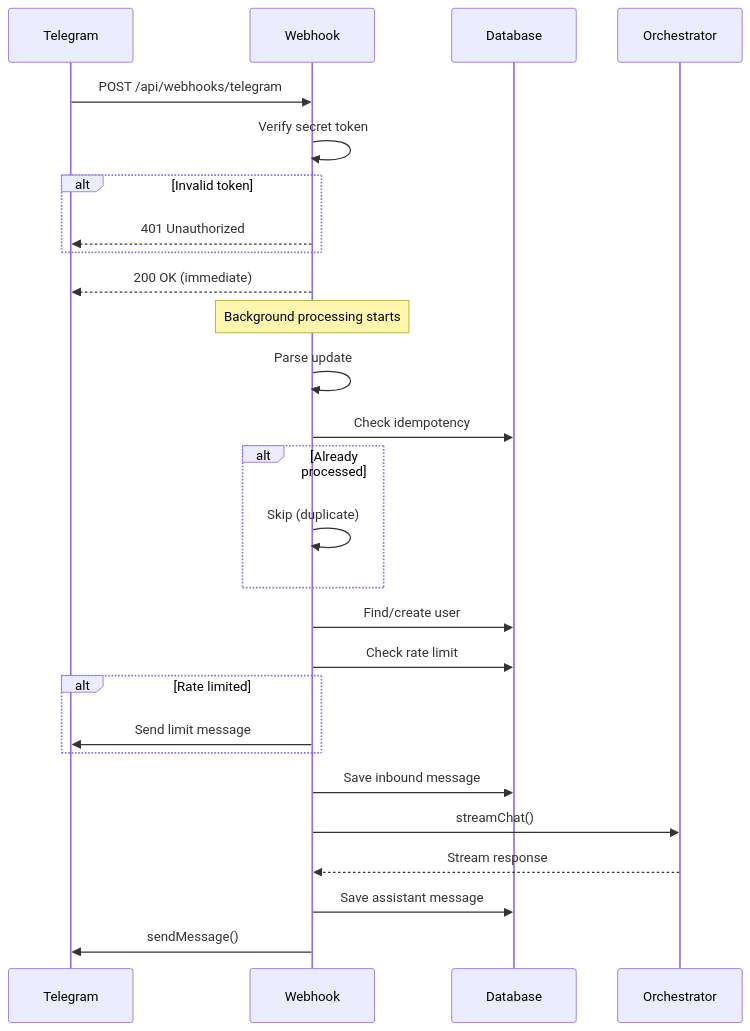
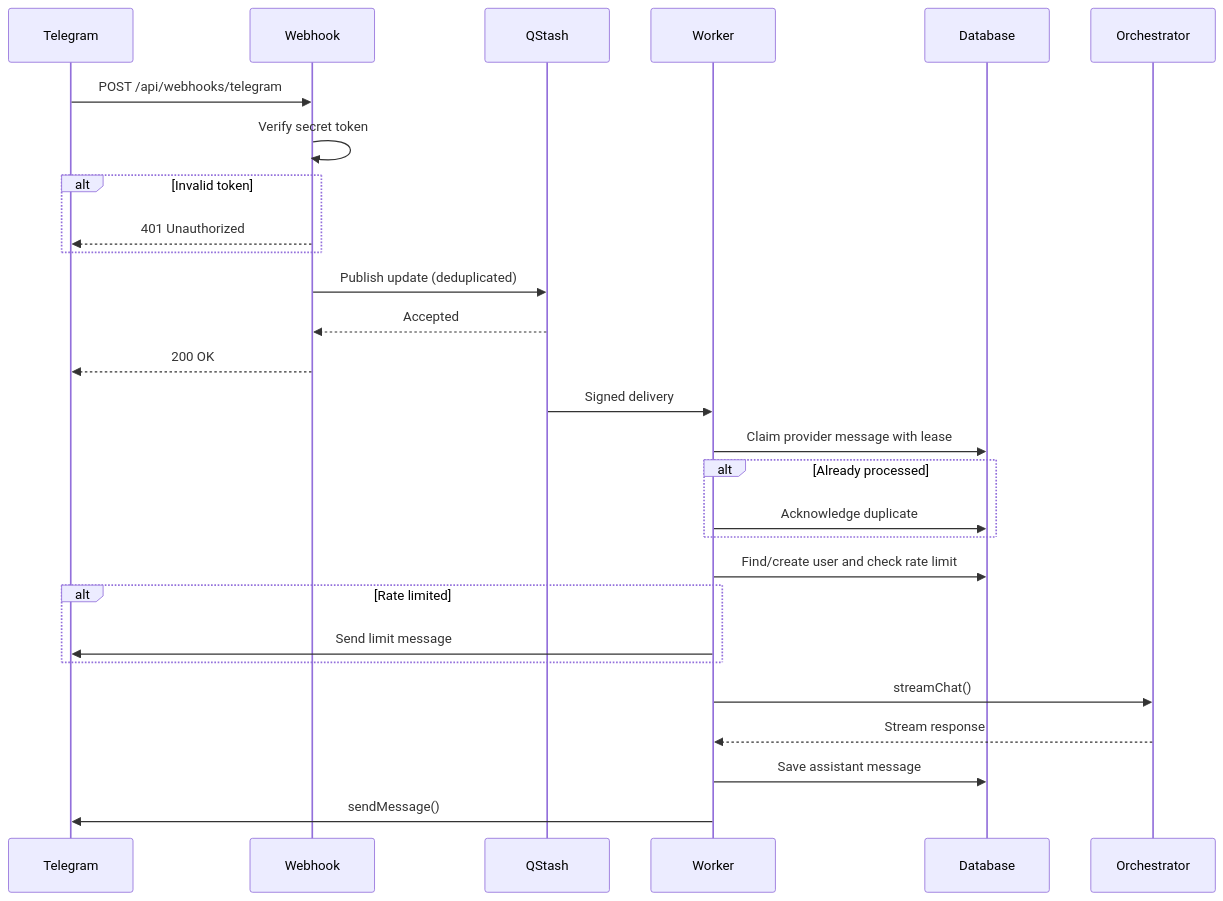
One commit to KovD3v/anthon-2.0 changed the second of 9 diagrams in docs/telegram-webhook.md. Above: the diagram before and after it, drawn with Mermaid. The commit also changed other lines of this file and 48 other files, not shown here.

````diff
--- a/docs/telegram-webhook.md
+++ b/docs/telegram-webhook.md
@@ -39,38 +40,39 @@
 ```mermaid
 sequenceDiagram
     participant TG as Telegram
     participant WH as Webhook
+    participant QS as QStash
+    participant WK as Worker
     participant DB as Database
     participant AI as Orchestrator
 
     TG->>WH: POST /api/webhooks/telegram
     WH->>WH: Verify secret token
 
     alt Invalid token
         WH-->>TG: 401 Unauthorized
     end
 
-    WH-->>TG: 200 OK (immediate)
+    WH->>QS: Publish update (deduplicated)
+    QS-->>WH: Accepted
+    WH-->>TG: 200 OK
 
-    Note over WH: Background processing starts
+    QS->>WK: Signed delivery
 
-    WH->>WH: Parse update
-    WH->>DB: Check idempotency
+    WK->>DB: Claim provider message with lease
 
     alt Already processed
-        WH->>WH: Skip (duplicate)
+        WK->>DB: Acknowledge duplicate
     end
 
-    WH->>DB: Find/create user
-    WH->>DB: Check rate limit
+    WK->>DB: Find/create user and check rate limit
 
     alt Rate limited
-        WH->>TG: Send limit message
+        WK->>TG: Send limit message
     end
 
-    WH->>DB: Save inbound message
-    WH->>AI: streamChat()
-    AI-->>WH: Stream response
-    WH->>DB: Save assistant message
-    WH->>TG: sendMessage()
+    WK->>AI: streamChat()
+    AI-->>WK: Stream response
+    WK->>DB: Save assistant message
+    WK->>TG: sendMessage()
 ```
````
